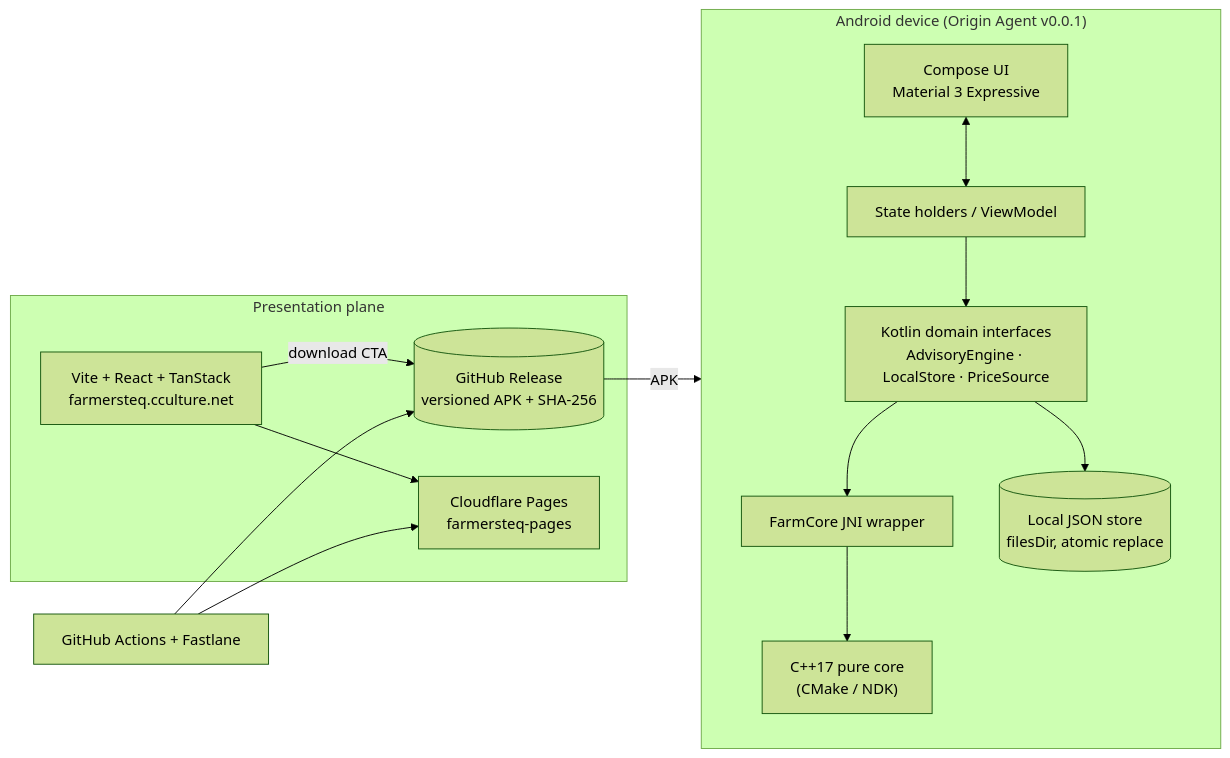
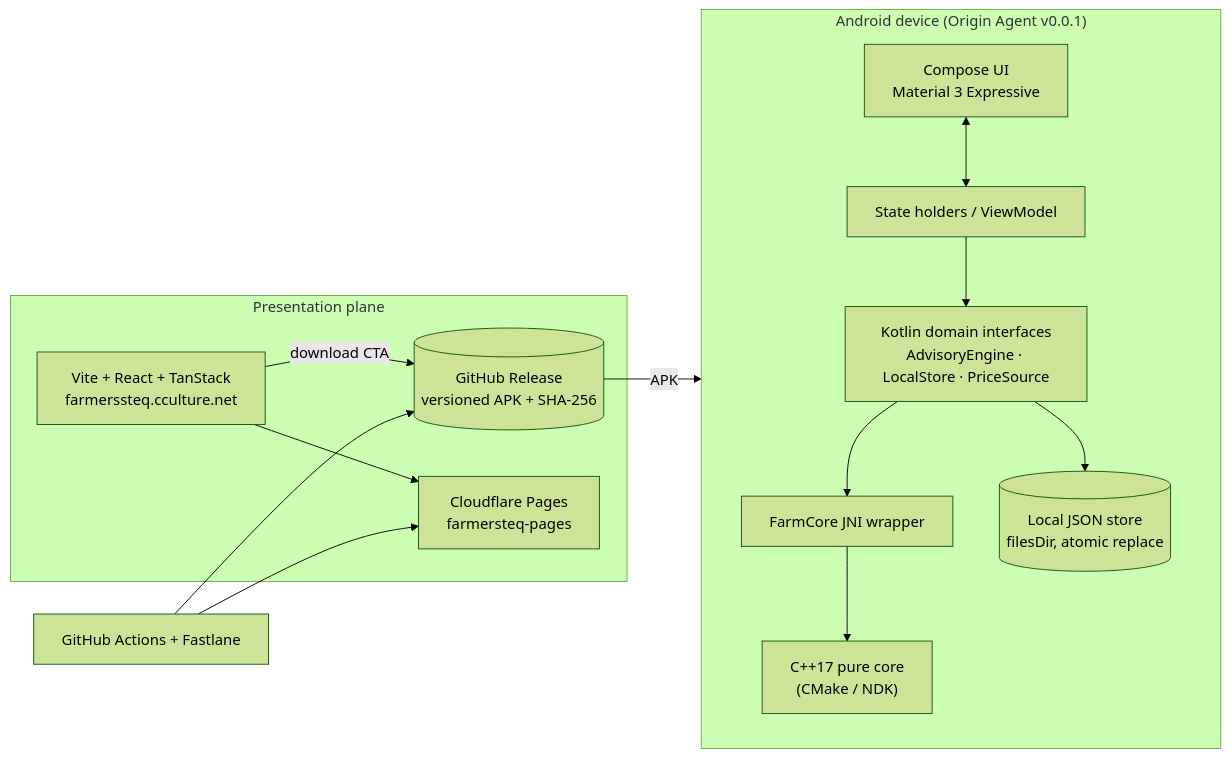
The diagram in ARCHITECTURE.md (SirCollins-Agency/FarmersteqGlobal-Solutions), drawn with Mermaid (forest theme) before and after one commit. The commit also changed 7 other files, not shown here.

Commit message:
docs: use farmerssteq.cculture.net as public hostname

````diff
--- a/ARCHITECTURE.md
+++ b/ARCHITECTURE.md
@@ -5,26 +5,26 @@
 ```mermaid
 flowchart LR
   subgraph Device["Android device (Origin Agent v0.0.1)"]
     UI["Compose UI<br/>Material 3 Expressive"]
     VM["State holders / ViewModel"]
     DOM["Kotlin domain interfaces<br/>AdvisoryEngine · LocalStore · PriceSource"]
     JNI["FarmCore JNI wrapper"]
     CPP["C++17 pure core<br/>(CMake / NDK)"]
     JSON[("Local JSON store<br/>filesDir, atomic replace")]
     UI <--> VM --> DOM
     DOM --> JNI --> CPP
     DOM --> JSON
   end
 
   subgraph Web["Presentation plane"]
-    SITE["Vite + React + TanStack<br/>farmersteq.cculture.net"]
+    SITE["Vite + React + TanStack<br/>farmerssteq.cculture.net"]
     REL[("GitHub Release<br/>versioned APK + SHA-256")]
     CF["Cloudflare Pages<br/>farmersteq-pages"]
     SITE --> CF
     SITE -->|download CTA| REL
   end
 
   CI["GitHub Actions + Fastlane"] --> REL
   CI --> CF
   REL -->|APK| Device
 ```
````
